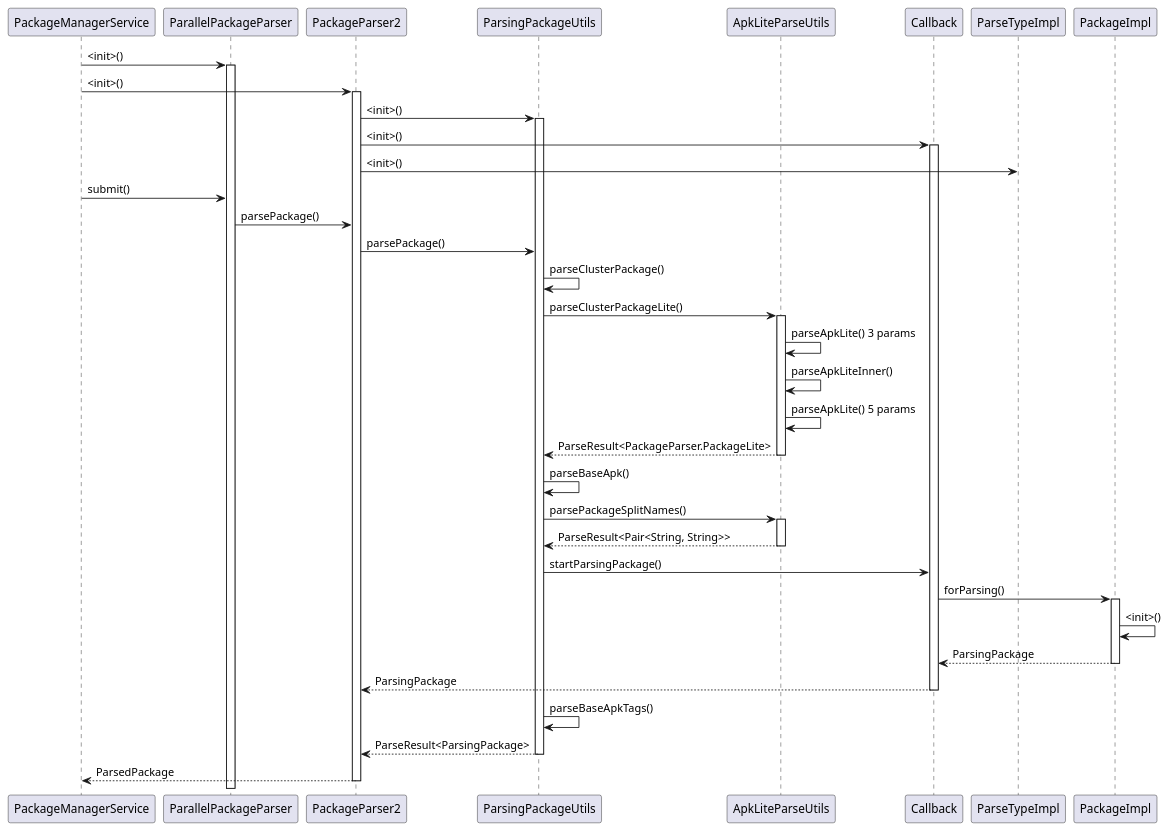
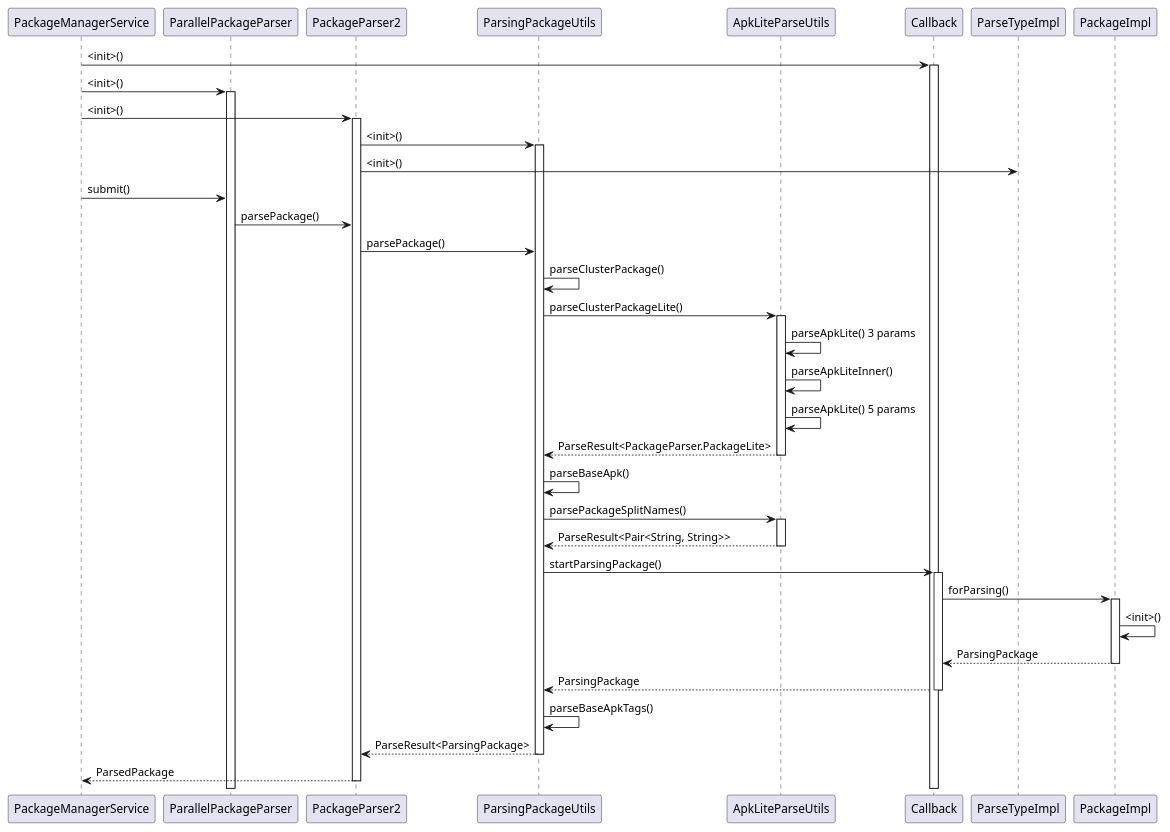
One commit to PJH0x0/aosp-analyze changed the diagram in android-R/pkms/parse-apk/parse-sequences.puml. Above: the diagram before and after it, drawn with PlantUML. The commit also changed 2 other files, not shown here.

```diff
--- a/android-R/pkms/parse-apk/parse-sequences.puml
+++ b/android-R/pkms/parse-apk/parse-sequences.puml
@@ -1,44 +1,47 @@
 @startuml
 participant PackageManagerService as a
 participant ParallelPackageParser as b
 participant PackageParser2 as c
 participant ParsingPackageUtils as d
 participant ApkLiteParseUtils as e
 participant Callback as f
 participant ParseTypeImpl as g
 participant PackageImpl as h
 
+a->f : <init>()
+activate f
 a->b : <init>()
 activate b
 a->c : <init>()
 activate c
 c->d : <init>()
 activate d
-c->f : <init>()
-activate f
 c->g : <init>()
 
 a->b : submit()
 b->c : parsePackage()
 c->d : parsePackage()
 d->d : parseClusterPackage()
 d->e : parseClusterPackageLite()
 activate e
 e->e : parseApkLite() 3 params
 e->e : parseApkLiteInner()
 e->e : parseApkLite() 5 params
 return ParseResult<PackageParser.PackageLite>
 d->d : parseBaseApk()
 d->e : parsePackageSplitNames()
 activate e
 return ParseResult<Pair<String, String>>
+
+
 d->f : startParsingPackage()
+activate f
 f->h : forParsing()
 activate h
 h->h : <init>()
 return ParsingPackage
 return ParsingPackage
 d->d : parseBaseApkTags()
 return ParseResult<ParsingPackage>
 return ParsedPackage
 @enduml
```
